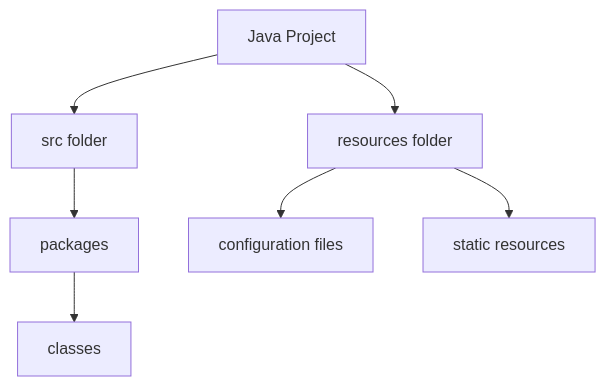
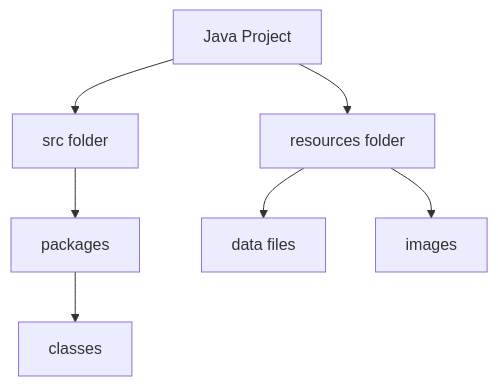
Before and after one commit to DanielCreggOrganization/w6-lab-i-o-zainabajiboye: the first of 7 diagrams in README.md, drawn with Mermaid.

````diff
--- a/README.md
+++ b/README.md
@@ -23,9 +23,9 @@
 ```mermaid
 graph TD
     A[Java Project] --> B[src folder]
     A --> C[resources folder]
     B --> D[packages]
     D --> E[classes]
-    C --> F[configuration files]
-    C --> G[static resources]
+    C --> F[data files]
+    C --> G[images]
 ```
````
